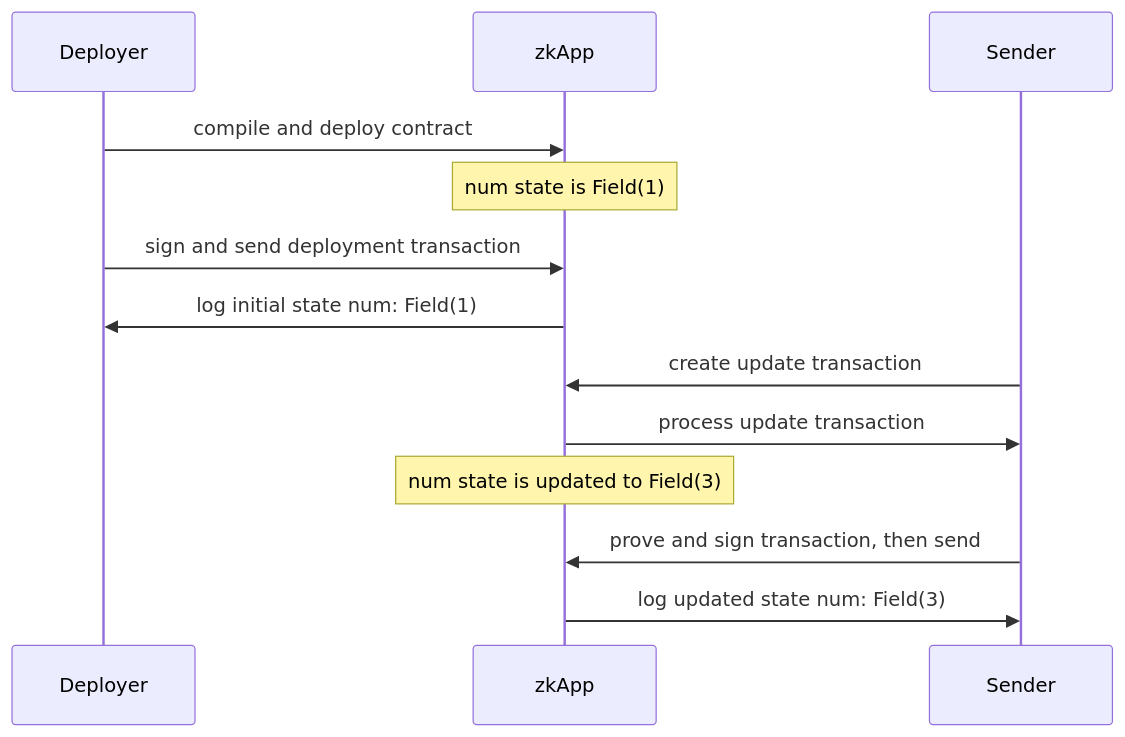
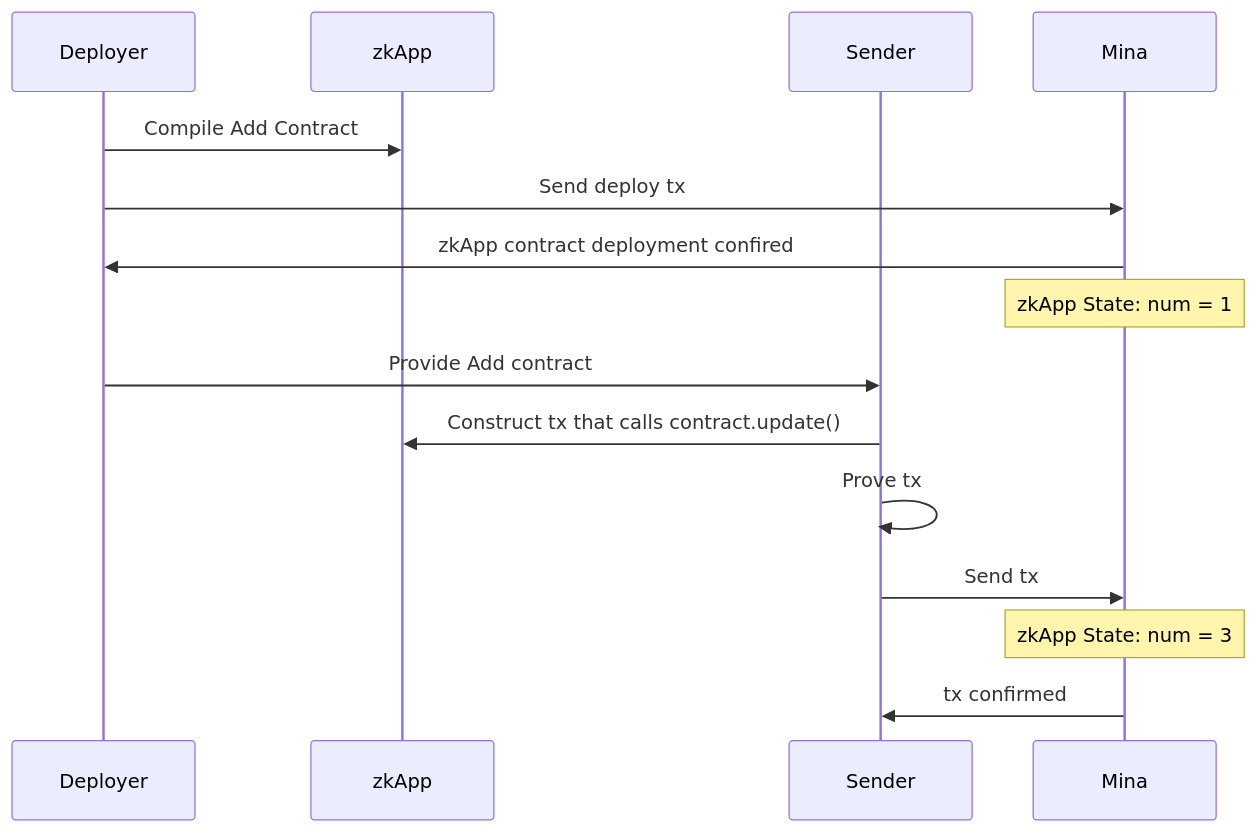
The diagram in README.md (teddyjfpender/mina-add-contract), drawn with Mermaid before and after one commit.

Commit message:
change diagram

````diff
--- a/README.md
+++ b/README.md
@@ -18,15 +18,17 @@
 ```mermaid
 sequenceDiagram
     participant Deployer
     participant zkApp
     participant Sender
-    Deployer->>zkApp: compile and deploy contract
-    Note over zkApp: num state is Field(1)
-    Deployer->>zkApp: sign and send deployment transaction
-    zkApp->>Deployer: log initial state num: Field(1)
-    Sender->>zkApp: create update transaction
-    zkApp->>Sender: process update transaction
-    Note over zkApp: num state is updated to Field(3)
-    Sender->>zkApp: prove and sign transaction, then send
-    zkApp->>Sender: log updated state num: Field(3)
+    participant Mina
+    Deployer->>zkApp: Compile Add Contract
+    Deployer->>Mina: Send deploy tx
+    Mina->>Deployer: zkApp contract deployment confired
+    Note over Mina: zkApp State: num = 1
+    Deployer->>Sender: Provide Add contract
+    Sender->>zkApp: Construct tx that calls contract.update()
+    Sender->>Sender: Prove tx
+    Sender->>Mina: Send tx
+    Note over Mina: zkApp State: num = 3
+    Mina->>Sender: tx confirmed
 ```
````
